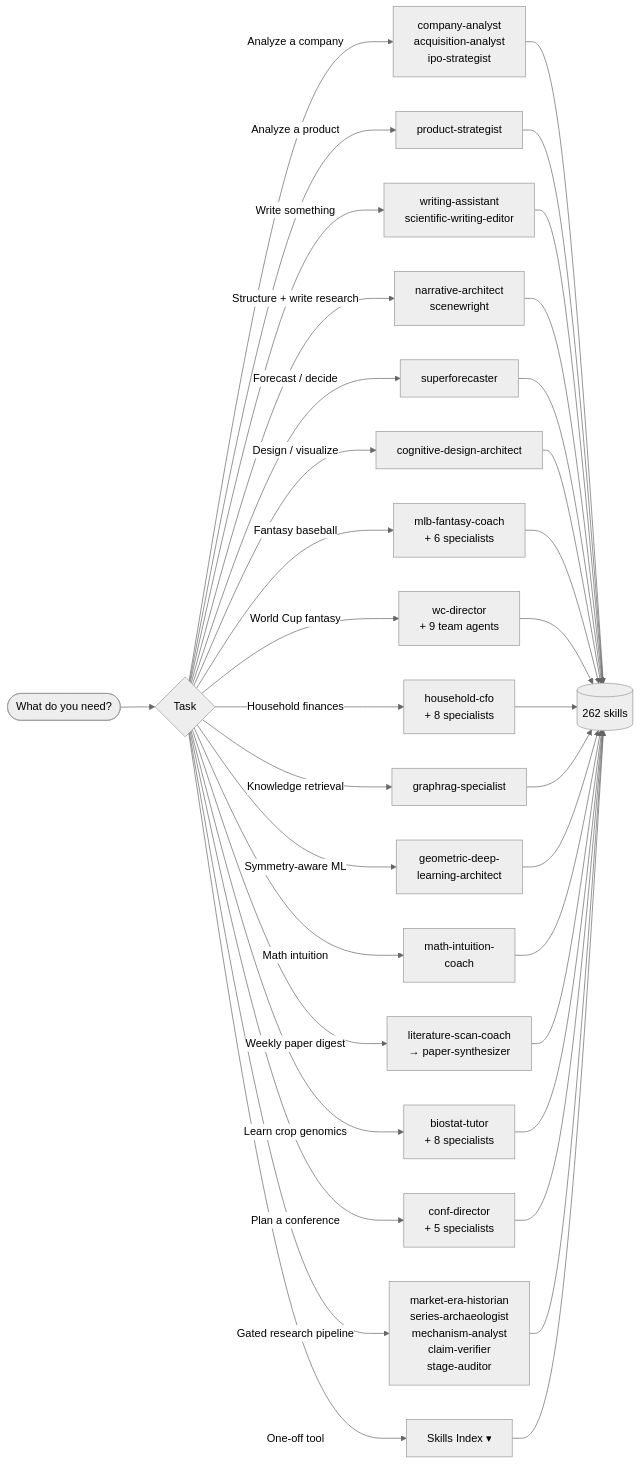
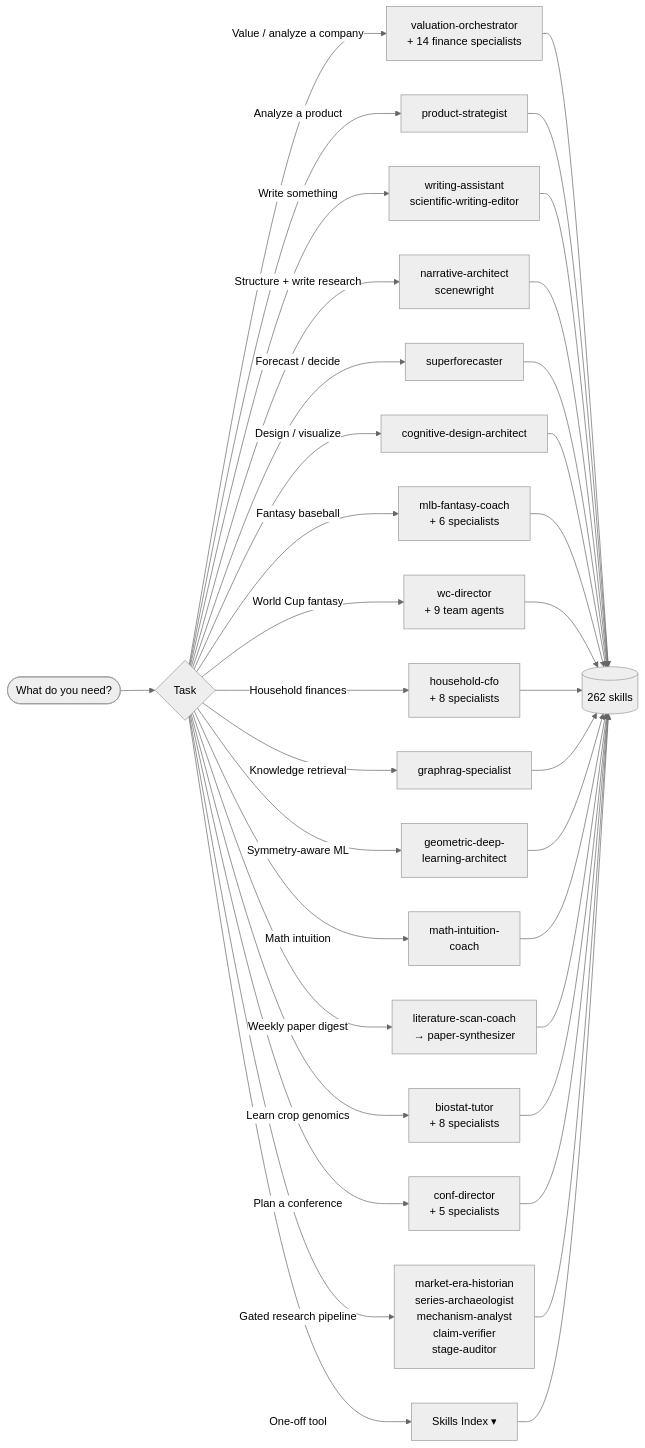
The diagram in README.md (lyndonkl/claude), drawn with Mermaid (neutral theme) before and after one commit. The commit also changed other lines of this file and 657 other files, not shown here.

````diff
--- a/README.md
+++ b/README.md
@@ -48,23 +50,23 @@
 ```mermaid
 flowchart LR
     U([What do you need?]) --> D{Task}
-    D -->|Analyze a company| CA[company-analyst<br/>acquisition-analyst<br/>ipo-strategist]
+    D -->|Value / analyze a company| CA[valuation-orchestrator<br/>+ 14 finance specialists]
     D -->|Analyze a product| PS[product-strategist]
     D -->|Write something| WA[writing-assistant<br/>scientific-writing-editor]
     D -->|Structure + write research| NA[narrative-architect<br/>scenewright]
     D -->|Forecast / decide| SF[superforecaster]
     D -->|Design / visualize| CD[cognitive-design-architect]
     D -->|Fantasy baseball| MLB[mlb-fantasy-coach<br/>+ 6 specialists]
     D -->|World Cup fantasy| WC[wc-director<br/>+ 9 team agents]
     D -->|Household finances| HF[household-cfo<br/>+ 8 specialists]
     D -->|Knowledge retrieval| GR[graphrag-specialist]
     D -->|Symmetry-aware ML| GDL[geometric-deep-<br/>learning-architect]
     D -->|Math intuition| MI[math-intuition-<br/>coach]
     D -->|Weekly paper digest| LSC[literature-scan-coach<br/>→ paper-synthesizer]
     D -->|Learn crop genomics| BIO[biostat-tutor<br/>+ 8 specialists]
     D -->|Plan a conference| CONF[conf-director<br/>+ 5 specialists]
     D -->|Gated research pipeline| RP[market-era-historian<br/>series-archaeologist<br/>mechanism-analyst<br/>claim-verifier<br/>stage-auditor]
     D -->|One-off tool| SK[Skills Index ▾]
     CA & PS & WA & NA & SF & CD & MLB & WC & HF & GR & GDL & MI & LSC & BIO & CONF & RP --> S[(262 skills)]
     SK --> S
 ```
````
